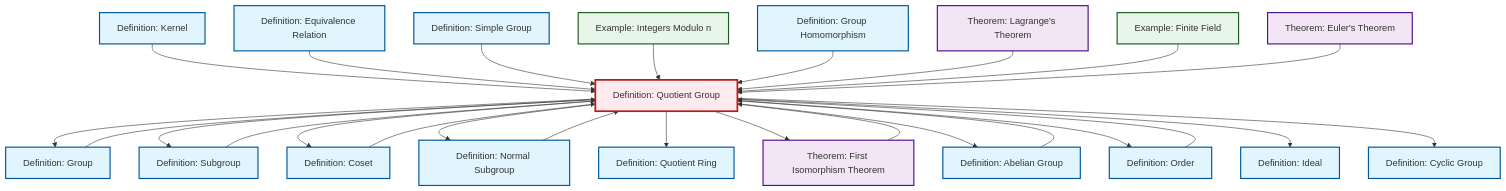
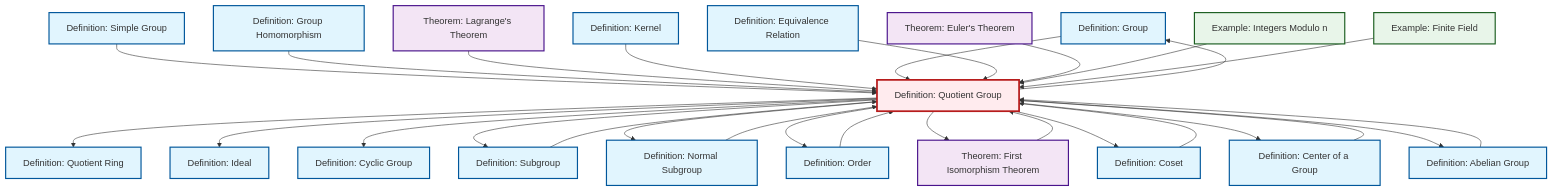
Before and after one commit to RK0429/ModernMath: the diagram in content/ja/algebra/def-quotient-group.qmd, drawn with Mermaid. The commit also changed other lines of this file and 634 other files, not shown here.

First line of the commit message:
feat: Add prime ideal definition with comprehensive cross-references

````diff
--- a/content/ja/algebra/def-quotient-group.qmd
+++ b/content/ja/algebra/def-quotient-group.qmd
@@ -147,72 +147,76 @@
 ```{mermaid}
 %%| fig-cap: "Local dependency graph"
 graph TD
     classDef definition fill:#e1f5fe,stroke:#01579b,stroke-width:2px
     classDef theorem fill:#f3e5f5,stroke:#4a148c,stroke-width:2px
     classDef axiom fill:#fff3e0,stroke:#e65100,stroke-width:2px
     classDef example fill:#e8f5e9,stroke:#1b5e20,stroke-width:2px
     classDef current fill:#ffebee,stroke:#b71c1c,stroke-width:3px
-    def-ideal["Definition: Ideal"]:::definition
+    def-group["Definition: Group"]:::definition
+    def-equivalence-relation["Definition: Equivalence Relation"]:::definition
+    def-kernel["Definition: Kernel"]:::definition
+    def-abelian-group["Definition: Abelian Group"]:::definition
+    def-center-of-group["Definition: Center of a Group"]:::definition
+    def-quotient-group["Definition: Quotient Group"]:::definition
     thm-euler["Theorem: Euler's Theorem"]:::theorem
-    def-equivalence-relation["Definition: Equivalence Relation"]:::definition
-    def-quotient-ring["Definition: Quotient Ring"]:::definition
+    def-subgroup["Definition: Subgroup"]:::definition
+    def-cyclic-group["Definition: Cyclic Group"]:::definition
     def-normal-subgroup["Definition: Normal Subgroup"]:::definition
     ex-finite-field["Example: Finite Field"]:::example
-    def-cyclic-group["Definition: Cyclic Group"]:::definition
-    def-subgroup["Definition: Subgroup"]:::definition
-    ex-quotient-integers-mod-n["Example: Integers Modulo n"]:::example
+    def-ideal["Definition: Ideal"]:::definition
+    def-quotient-ring["Definition: Quotient Ring"]:::definition
+    thm-lagrange["Theorem: Lagrange's Theorem"]:::theorem
     def-simple-group["Definition: Simple Group"]:::definition
     def-order["Definition: Order"]:::definition
-    def-abelian-group["Definition: Abelian Group"]:::definition
-    thm-lagrange["Theorem: Lagrange's Theorem"]:::theorem
-    def-group["Definition: Group"]:::definition
-    def-kernel["Definition: Kernel"]:::definition
+    ex-quotient-integers-mod-n["Example: Integers Modulo n"]:::example
+    def-homomorphism["Definition: Group Homomorphism"]:::definition
+    def-coset["Definition: Coset"]:::definition
     thm-first-isomorphism["Theorem: First Isomorphism Theorem"]:::theorem
-    def-quotient-group["Definition: Quotient Group"]:::definition
-    def-coset["Definition: Coset"]:::definition
-    def-homomorphism["Definition: Group Homomorphism"]:::definition
-    thm-first-isomorphism --> def-quotient-group
+    def-simple-group --> def-quotient-group
+    def-quotient-group --> def-quotient-ring
+    def-quotient-group --> def-ideal
+    def-quotient-group --> def-cyclic-group
+    def-homomorphism --> def-quotient-group
+    thm-lagrange --> def-quotient-group
     def-kernel --> def-quotient-group
-    def-equivalence-relation --> def-quotient-group
+    def-subgroup --> def-quotient-group
     def-quotient-group --> def-group
-    def-simple-group --> def-quotient-group
-    ex-quotient-integers-mod-n --> def-quotient-group
-    def-abelian-group --> def-quotient-group
+    def-coset --> def-quotient-group
     def-quotient-group --> def-subgroup
-    def-quotient-group --> def-coset
-    def-normal-subgroup --> def-quotient-group
     def-quotient-group --> def-normal-subgroup
     def-group --> def-quotient-group
-    def-homomorphism --> def-quotient-group
-    thm-lagrange --> def-quotient-group
+    def-quotient-group --> def-order
+    def-equivalence-relation --> def-quotient-group
+    def-quotient-group --> thm-first-isomorphism
+    def-normal-subgroup --> def-quotient-group
+    thm-euler --> def-quotient-group
+    def-quotient-group --> def-coset
+    ex-quotient-integers-mod-n --> def-quotient-group
+    def-quotient-group --> def-center-of-group
     ex-finite-field --> def-quotient-group
-    def-subgroup --> def-quotient-group
+    thm-first-isomorphism --> def-quotient-group
+    def-center-of-group --> def-quotient-group
+    def-abelian-group --> def-quotient-group
+    def-quotient-group --> def-abelian-group
     def-order --> def-quotient-group
-    def-quotient-group --> def-quotient-ring
-    def-quotient-group --> thm-first-isomorphism
-    def-quotient-group --> def-abelian-group
-    def-quotient-group --> def-order
-    def-coset --> def-quotient-group
-    def-quotient-group --> def-ideal
-    thm-euler --> def-quotient-group
-    def-quotient-group --> def-cyclic-group
     class def-quotient-group current
-    click def-ideal "def-ideal.html" "Definition: Idealへ"
+    click def-group "def-group.html" "Definition: Groupへ"
+    click def-equivalence-relation "def-equivalence-relation.html" "Definition: Equivalence Relationへ"
+    click def-kernel "def-kernel.html" "Definition: Kernelへ"
+    click def-abelian-group "def-abelian-group.html" "Definition: Abelian Groupへ"
+    click def-center-of-group "def-center-of-group.html" "Definition: Center of a Groupへ"
     click thm-euler "thm-euler.html" "Theorem: Euler's Theoremへ"
-    click def-equivalence-relation "def-equivalence-relation.html" "Definition: Equivalence Relationへ"
-    click def-quotient-ring "def-quotient-ring.html" "Definition: Quotient Ringへ"
+    click def-subgroup "def-subgroup.html" "Definition: Subgroupへ"
+    click def-cyclic-group "def-cyclic-group.html" "Definition: Cyclic Groupへ"
     click def-normal-subgroup "def-normal-subgroup.html" "Definition: Normal Subgroupへ"
     click ex-finite-field "ex-finite-field.html" "Example: Finite Fieldへ"
-    click def-cyclic-group "def-cyclic-group.html" "Definition: Cyclic Groupへ"
-    click def-subgroup "def-subgroup.html" "Definition: Subgroupへ"
-    click ex-quotient-integers-mod-n "ex-quotient-integers-mod-n.html" "Example: Integers Modulo nへ"
+    click def-ideal "def-ideal.html" "Definition: Idealへ"
+    click def-quotient-ring "def-quotient-ring.html" "Definition: Quotient Ringへ"
+    click thm-lagrange "thm-lagrange.html" "Theorem: Lagrange's Theoremへ"
     click def-simple-group "def-simple-group.html" "Definition: Simple Groupへ"
     click def-order "def-order.html" "Definition: Orderへ"
-    click def-abelian-group "def-abelian-group.html" "Definition: Abelian Groupへ"
-    click thm-lagrange "thm-lagrange.html" "Theorem: Lagrange's Theoremへ"
-    click def-group "def-group.html" "Definition: Groupへ"
-    click def-kernel "def-kernel.html" "Definition: Kernelへ"
+    click ex-quotient-integers-mod-n "ex-quotient-integers-mod-n.html" "Example: Integers Modulo nへ"
+    click def-homomorphism "def-homomorphism.html" "Definition: Group Homomorphismへ"
+    click def-coset "def-coset.html" "Definition: Cosetへ"
     click thm-first-isomorphism "thm-first-isomorphism.html" "Theorem: First Isomorphism Theoremへ"
-    click def-coset "def-coset.html" "Definition: Cosetへ"
-    click def-homomorphism "def-homomorphism.html" "Definition: Group Homomorphismへ"
 ```
````
